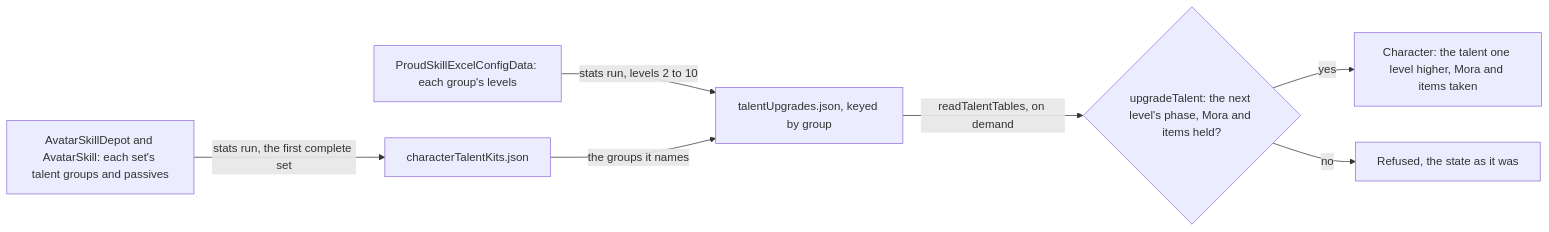
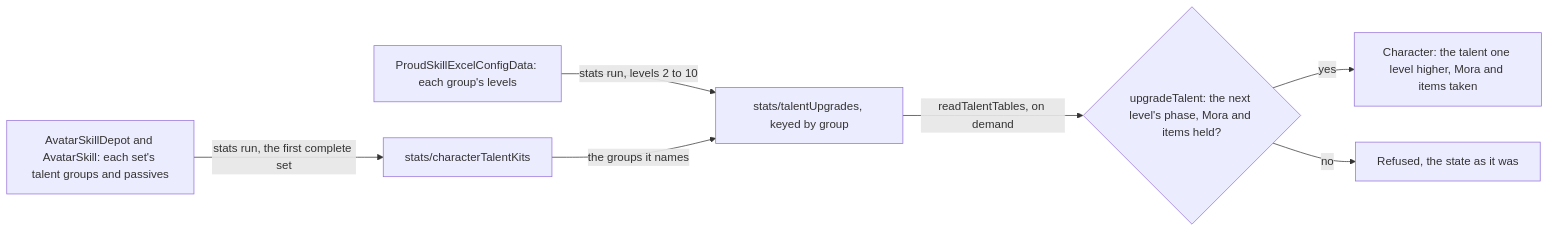
One commit to Esposter/Esposter changed the first of 2 diagrams in apps/web/content/docs/genshin/talents.md. Above: the diagram before and after it, drawn with Mermaid. The commit also changed other lines of this file and 2 other files, not shown here.

Commit message:
docs(genshin): the card game's words, the stat tables and the materials are read as published records, under their stats/ and items/ keys
Answers: 4236037684
Answers: 4236037690
Answers: 4236037693

````diff
--- a/apps/web/content/docs/genshin/talents.md
+++ b/apps/web/content/docs/genshin/talents.md
@@ -18,9 +18,9 @@
 ```mermaid
 flowchart LR
-  P["ProudSkillExcelConfigData: each group's levels"] -->|"stats run, levels 2 to 10"| U["talentUpgrades.json, keyed by group"]
-  D["AvatarSkillDepot and AvatarSkill: each set's talent groups and passives"] -->|"stats run, the first complete set"| K["characterTalentKits.json"]
+  P["ProudSkillExcelConfigData: each group's levels"] -->|"stats run, levels 2 to 10"| U["stats/talentUpgrades, keyed by group"]
+  D["AvatarSkillDepot and AvatarSkill: each set's talent groups and passives"] -->|"stats run, the first complete set"| K["stats/characterTalentKits"]
   K -->|"the groups it names"| U
   U -->|"readTalentTables, on demand"| UP{"upgradeTalent: the next level's phase, Mora and items held?"}
   UP -->|"yes"| C["Character: the talent one level higher, Mora and items taken"]
   UP -->|"no"| R["Refused, the state as it was"]
 ```
````
